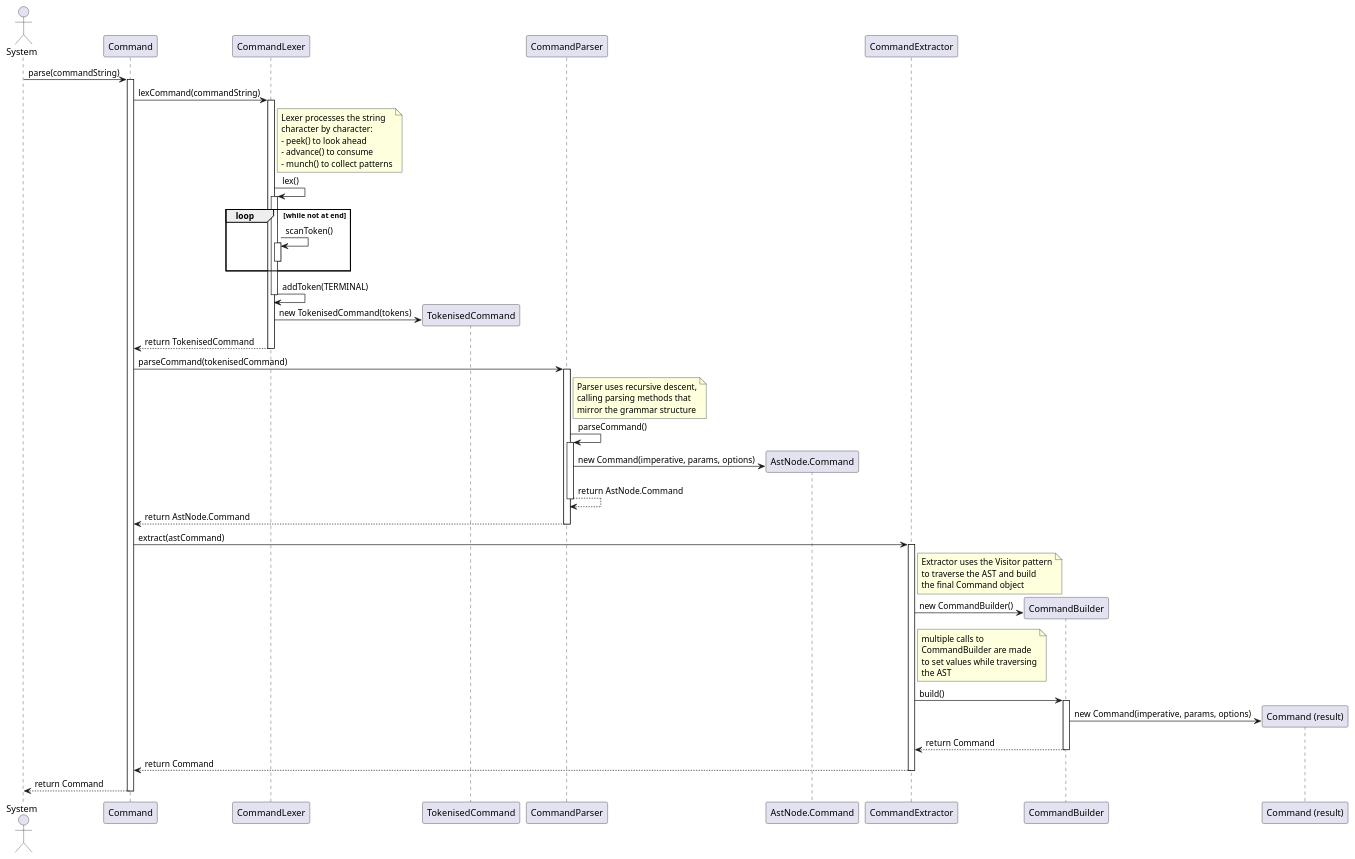
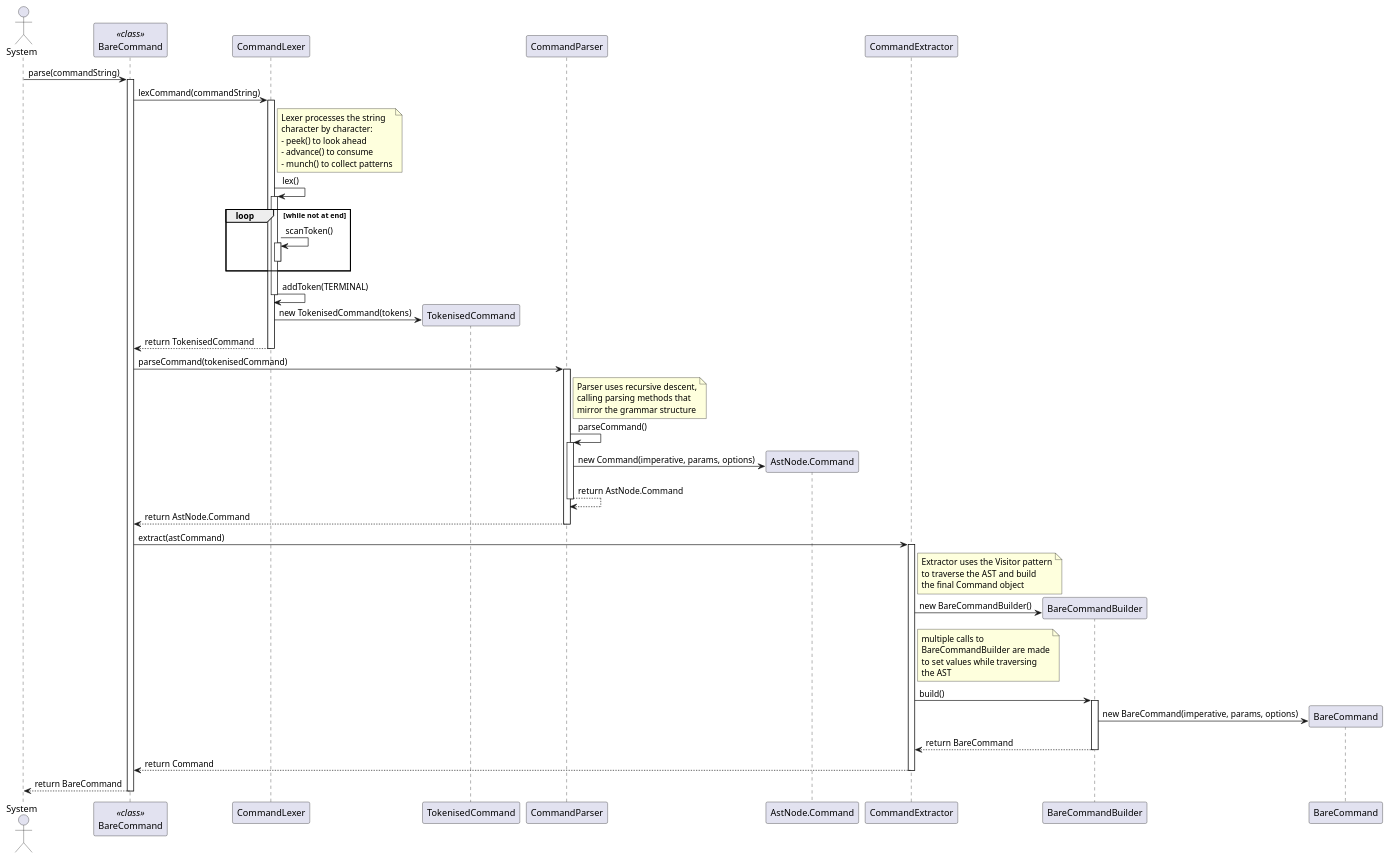
Before and after one commit to Xateh/tp: the diagram in docs/diagrams/assembly/RecognitionSequence.puml, drawn with PlantUML. The commit also changed 3 other files, not shown here.

```diff
--- a/docs/diagrams/assembly/RecognitionSequence.puml
+++ b/docs/diagrams/assembly/RecognitionSequence.puml
@@ -1,102 +1,102 @@
 @startuml
 actor System
-participant "Command" as Cmd
+participant "BareCommand" as Cmd <<class>>
 participant "CommandLexer" as Lexer
 participant "TokenisedCommand" as TokCmd
 participant "CommandParser" as Parser
 participant "AstNode.Command" as AST
 participant "CommandExtractor" as Extractor
-participant "CommandBuilder" as Builder
+participant "BareCommandBuilder" as Builder
 
 System -> Cmd: parse(commandString)
 activate Cmd
 
 ' Lexing Phase
 Cmd -> Lexer: lexCommand(commandString)
 activate Lexer
 
 note right of Lexer
   Lexer processes the string
   character by character:
   - peek() to look ahead
   - advance() to consume
   - munch() to collect patterns
 end note
 
 Lexer -> Lexer: lex()
 activate Lexer
 
 loop while not at end
     Lexer -> Lexer: scanToken()
 
     activate Lexer
 
     deactivate Lexer
 end
 
 Lexer -> Lexer: addToken(TERMINAL)
 deactivate Lexer
 
 create TokCmd
 Lexer -> TokCmd: new TokenisedCommand(tokens)
 Lexer --> Cmd: return TokenisedCommand
 deactivate Lexer
 
 ' Parsing Phase
 Cmd -> Parser: parseCommand(tokenisedCommand)
 activate Parser
 
 note right of Parser
   Parser uses recursive descent,
   calling parsing methods that
   mirror the grammar structure
 end note
 
 Parser -> Parser: parseCommand()
 activate Parser
 
 create AST
 Parser -> AST: new Command(imperative, params, options)
 
 Parser --> Parser: return AstNode.Command
 deactivate Parser
 
 Parser --> Cmd: return AstNode.Command
 deactivate Parser
 
 ' Extraction Phase
 Cmd -> Extractor: extract(astCommand)
 activate Extractor
 
 note right of Extractor
   Extractor uses the Visitor pattern
   to traverse the AST and build
   the final Command object
 end note
 
 create Builder
-Extractor -> Builder: new CommandBuilder()
+Extractor -> Builder: new BareCommandBuilder()
 
 note right of Extractor
     multiple calls to
-    CommandBuilder are made
+    BareCommandBuilder are made
     to set values while traversing
     the AST
 end note
 
 deactivate AST
 
 Extractor -> Builder: build()
 activate Builder
-create "Command (result)" as Result
-Builder -> Result: new Command(imperative, params, options)
-Builder --> Extractor: return Command
+create "BareCommand" as Result
+Builder -> Result: new BareCommand(imperative, params, options)
+Builder --> Extractor: return BareCommand
 deactivate Builder
 
 Extractor --> Cmd: return Command
 deactivate Extractor
 
-Cmd --> System: return Command
+Cmd --> System: return BareCommand
 deactivate Cmd
 
 @enduml
```
